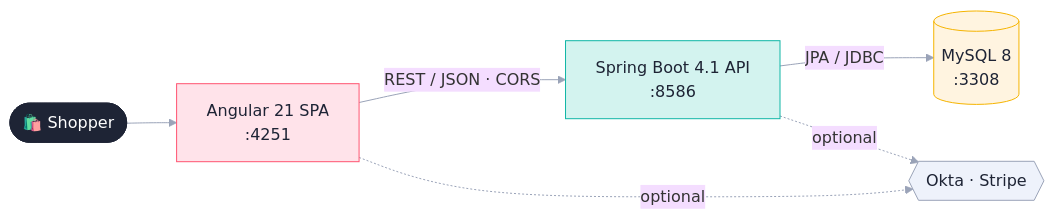
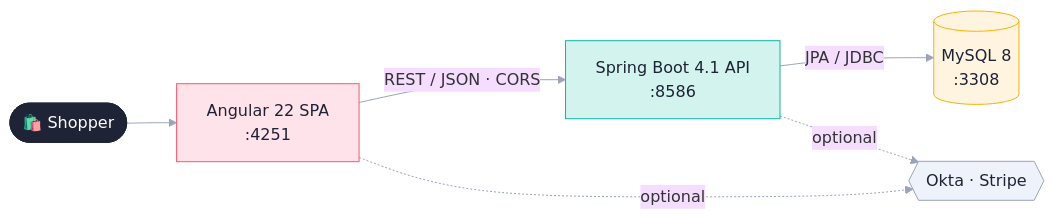
Before and after one commit to bbobbylon/AngularECommerceApp: the diagram in README.md, drawn with Mermaid. The commit also changed other lines of this file and 60 other files, not shown here.

````diff
--- a/README.md
+++ b/README.md
@@ -32,14 +32,14 @@
 ```mermaid
 %%{init: {'theme':'base','themeVariables':{'fontFamily':'DM Sans, system-ui, sans-serif','lineColor':'#9aa3b8'}}}%%
 flowchart LR
-  user([🛍️ Shopper]):::user --> spa["Angular 21 SPA<br/>:4251"]:::fe
+  user([🛍️ Shopper]):::user --> spa["Angular 22 SPA<br/>:4251"]:::fe
   spa -->|"REST / JSON · CORS"| api["Spring Boot 4.1 API<br/>:8586"]:::be
   api -->|"JPA / JDBC"| db[("MySQL 8<br/>:3308")]:::db
   spa -.->|optional| okta{{"Okta · Stripe"}}:::ext
   api -.->|optional| okta
   classDef user fill:#1e2435,stroke:#1e2435,color:#fff;
   classDef fe fill:#ffe3ea,stroke:#ff5470,color:#1e2435;
   classDef be fill:#d3f3ef,stroke:#10b6a6,color:#1e2435;
   classDef db fill:#fff4e0,stroke:#f5b400,color:#1e2435;
   classDef ext fill:#eef2fb,stroke:#9aa3b8,color:#1e2435;
 ```
````
